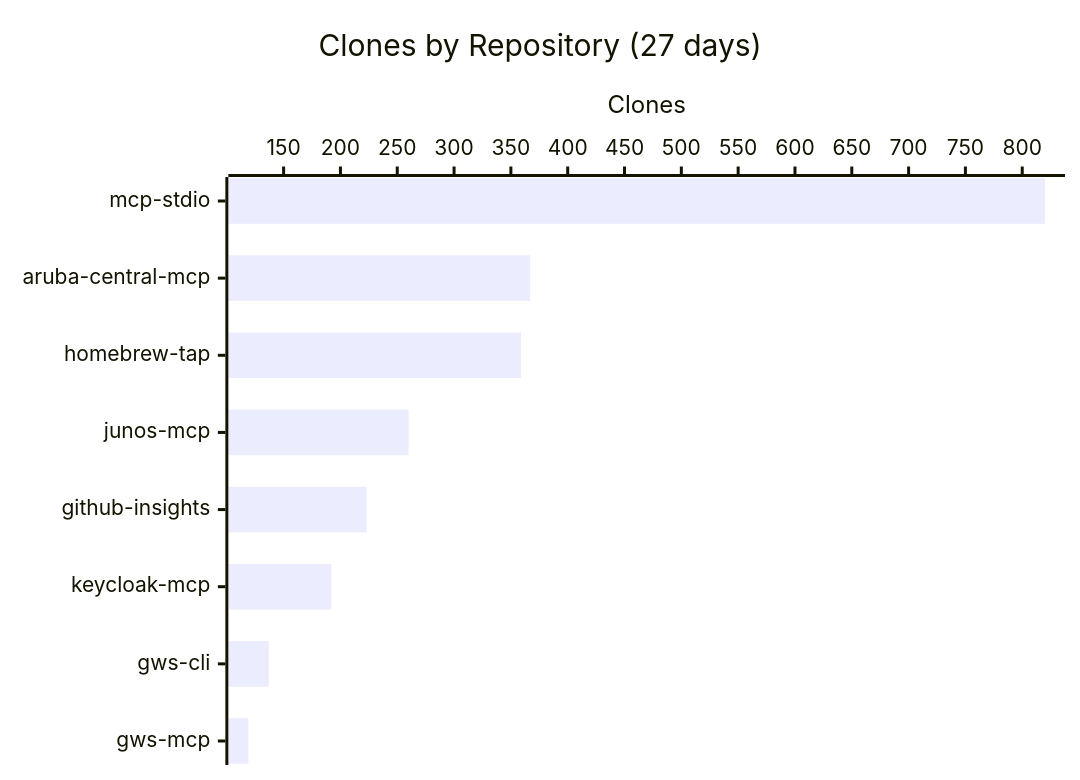
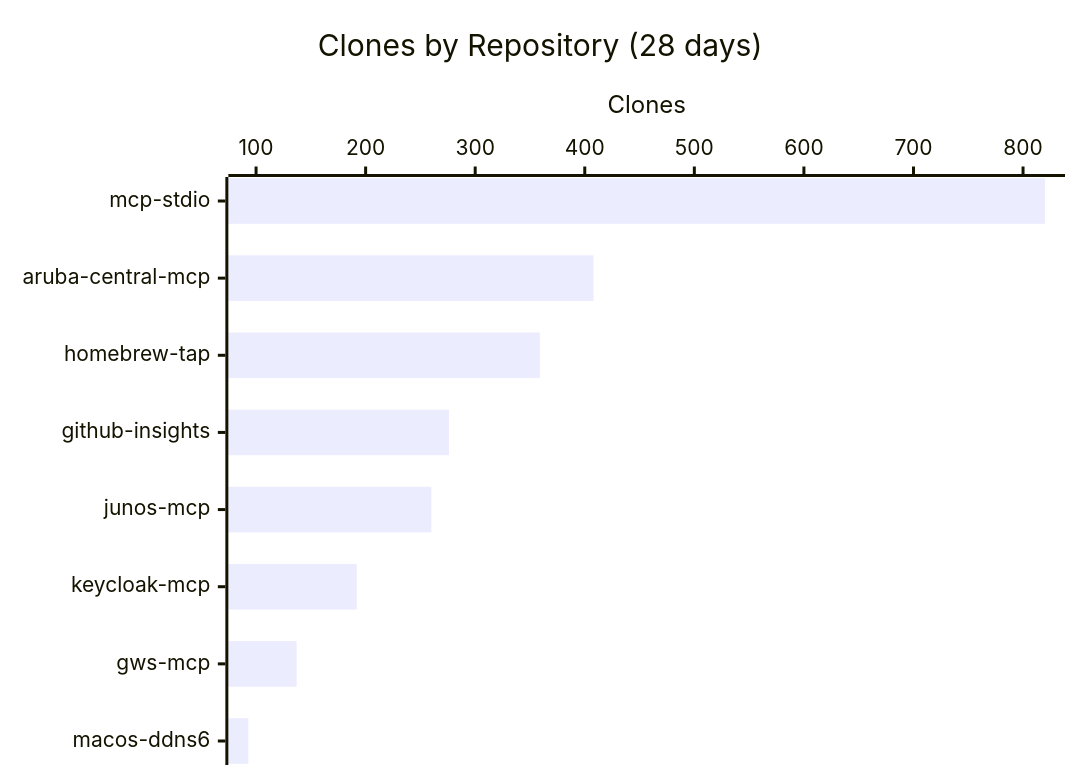
The third of 3 diagrams in README.md (shigechika/github-insights), drawn with Mermaid before and after one commit. The commit also changed other lines of this file and 1 other file, not shown here.

````diff
--- a/README.md
+++ b/README.md
@@ -32,7 +32,7 @@
 ```mermaid
 xychart-beta horizontal
-    title "Clones by Repository (27 days)"
-    x-axis ["mcp-stdio", "aruba-central-mcp", "homebrew-tap", "junos-mcp", "github-insights", "keycloak-mcp", "gws-cli", "gws-mcp"]
+    title "Clones by Repository (28 days)"
+    x-axis ["mcp-stdio", "aruba-central-mcp", "homebrew-tap", "github-insights", "junos-mcp", "keycloak-mcp", "gws-mcp", "macos-ddns6"]
     y-axis "Clones"
-    bar [820, 367, 359, 260, 223, 192, 137, 119]
+    bar [820, 408, 359, 276, 260, 192, 137, 93]
 ```
````
